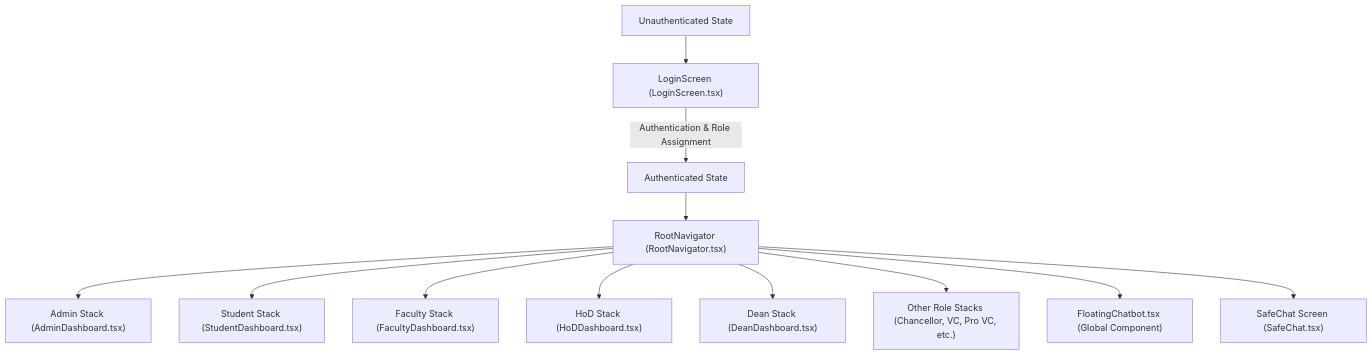
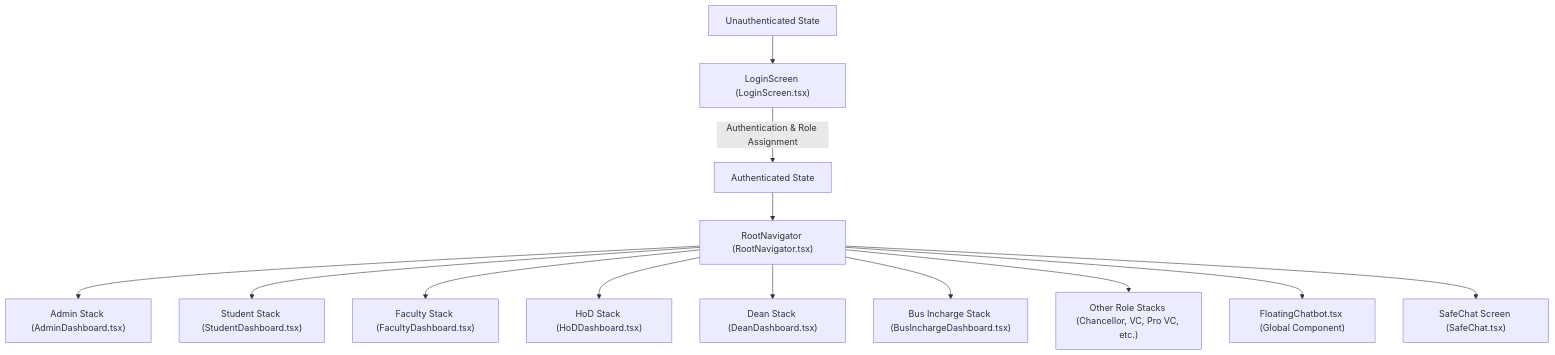
The first of 3 diagrams in PIPELINE.md (srujan07reddy/University_ERP), drawn with Mermaid before and after one commit. The commit also changed other lines of this file and 12 other files, not shown here.

Commit message:
Refactor: Extracted Bus Route tracking from Admin to a dedicated BusIncharge role, created BusInchargeDashboard, sub-tabs, and database schema, and registered the role in RootNavigator and LoginScreen

````diff
--- a/PIPELINE.md
+++ b/PIPELINE.md
@@ -11,17 +11,18 @@
 ```mermaid
 graph TD
     Unauth["Unauthenticated State"] --> Login["LoginScreen (LoginScreen.tsx)"]
     Login -- Authentication & Role Assignment --> Auth["Authenticated State"]
     
     Auth --> RootNav["RootNavigator (RootNavigator.tsx)"]
     
     RootNav --> Admin["Admin Stack (AdminDashboard.tsx)"]
     RootNav --> Student["Student Stack (StudentDashboard.tsx)"]
     RootNav --> Faculty["Faculty Stack (FacultyDashboard.tsx)"]
     RootNav --> HOD["HoD Stack (HoDDashboard.tsx)"]
     RootNav --> Dean["Dean Stack (DeanDashboard.tsx)"]
+    RootNav --> BusIncharge["Bus Incharge Stack (BusInchargeDashboard.tsx)"]
     RootNav --> Others["Other Role Stacks (Chancellor, VC, Pro VC, etc.)"]
     
     RootNav --> Chatbot["FloatingChatbot.tsx (Global Component)"]
     RootNav --> SafeChatScreen["SafeChat Screen (SafeChat.tsx)"]
 ```
````
